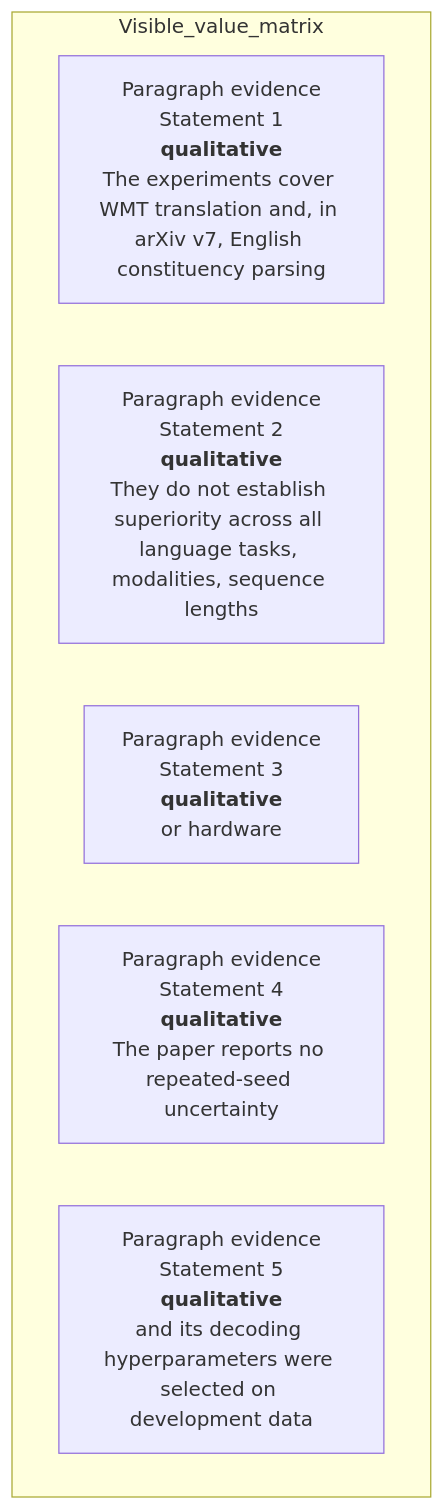
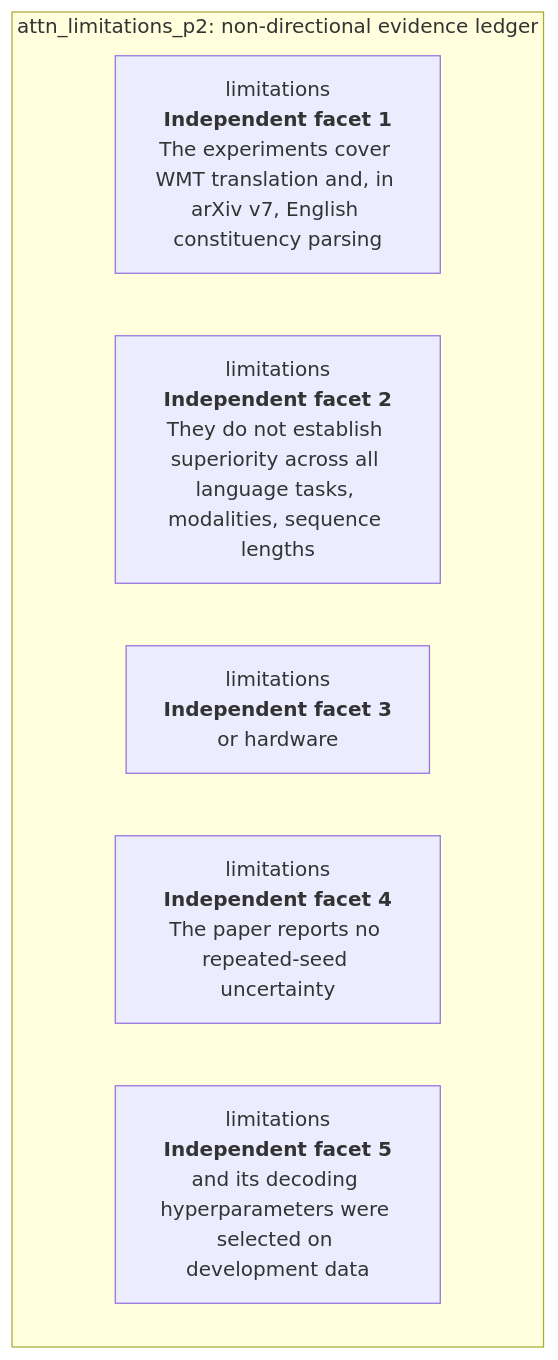
One commit to Betancourt1/paper_atlas changed diagram 41 of 54 in docs/visual-manifests/VISUAL_MANIFEST_ATTENTION_IS_ALL_YOU_NEED.md. Above: the diagram before and after it, drawn with Mermaid. The commit also changed other lines of this file and 7 other files, not shown here.

````diff
--- a/docs/visual-manifests/VISUAL_MANIFEST_ATTENTION_IS_ALL_YOU_NEED.md
+++ b/docs/visual-manifests/VISUAL_MANIFEST_ATTENTION_IS_ALL_YOU_NEED.md
@@ -3301,10 +3329,10 @@
 ```mermaid
 flowchart TB
-  subgraph Visible_value_matrix
-    r1["Paragraph evidence<br/>Statement 1<br/><b>qualitative</b><br/>The experiments cover WMT translation and, in arXiv v7, English constituency parsing"]
-    r2["Paragraph evidence<br/>Statement 2<br/><b>qualitative</b><br/>They do not establish superiority across all language tasks, modalities, sequence lengths"]
-    r3["Paragraph evidence<br/>Statement 3<br/><b>qualitative</b><br/>or hardware"]
-    r4["Paragraph evidence<br/>Statement 4<br/><b>qualitative</b><br/>The paper reports no repeated-seed uncertainty"]
-    r5["Paragraph evidence<br/>Statement 5<br/><b>qualitative</b><br/>and its decoding hyperparameters were selected on development data"]
+  subgraph Ledger["attn_limitations_p2: non-directional evidence ledger"]
+    r1["limitations<br/><b>Independent facet 1</b><br/>The experiments cover WMT translation and, in arXiv v7, English constituency parsing"]
+    r2["limitations<br/><b>Independent facet 2</b><br/>They do not establish superiority across all language tasks, modalities, sequence lengths"]
+    r3["limitations<br/><b>Independent facet 3</b><br/>or hardware"]
+    r4["limitations<br/><b>Independent facet 4</b><br/>The paper reports no repeated-seed uncertainty"]
+    r5["limitations<br/><b>Independent facet 5</b><br/>and its decoding hyperparameters were selected on development data"]
   end
 ```
````
